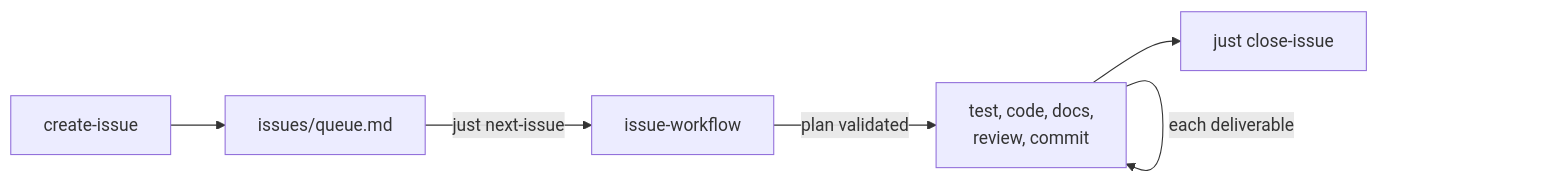
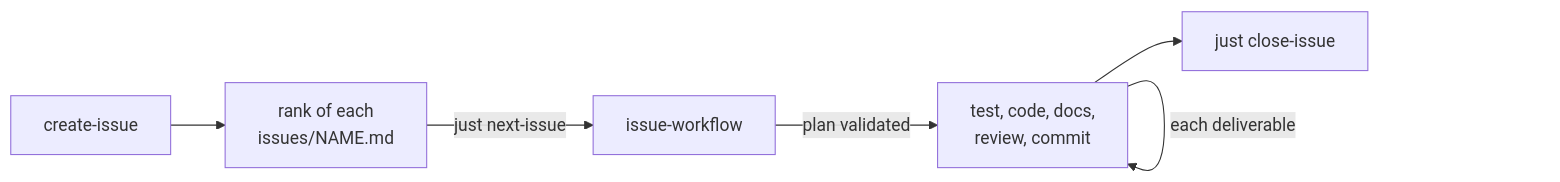
Before and after one commit to Electron-libre/agent-harness: the second of 2 diagrams in README.md, drawn with Mermaid. The commit also changed 32 other files, not shown here.

First line of the commit message:
feat(cardinal): rank each issue in its own file

````diff
--- a/README.md
+++ b/README.md
@@ -63,8 +63,8 @@
 ```mermaid
 flowchart LR
-  create["create-issue"] --> queue["issues/queue.md"]
+  create["create-issue"] --> queue["rank of each<br/>issues/NAME.md"]
   queue -->|just next-issue| work["issue-workflow"]
   work -->|plan validated| deliver["test, code, docs,<br/>review, commit"]
   deliver -->|each deliverable| deliver
   deliver --> close["just close-issue"]
 ```
````
